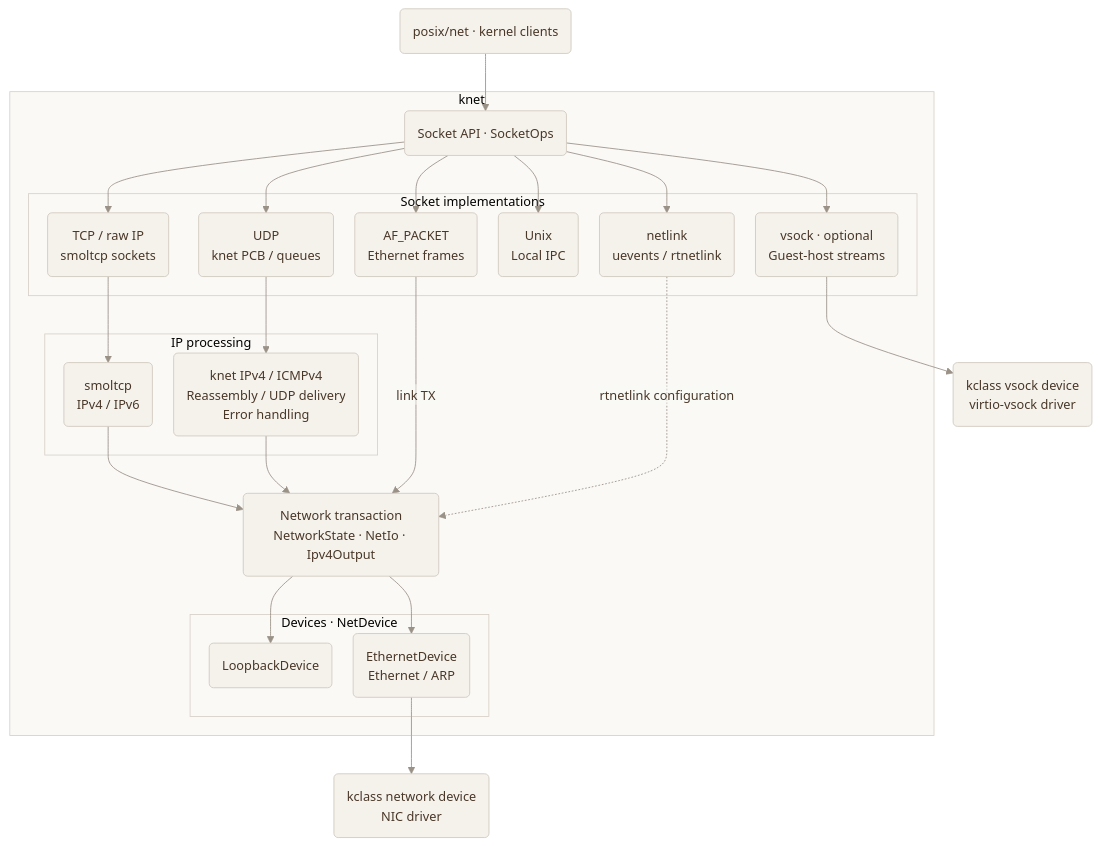
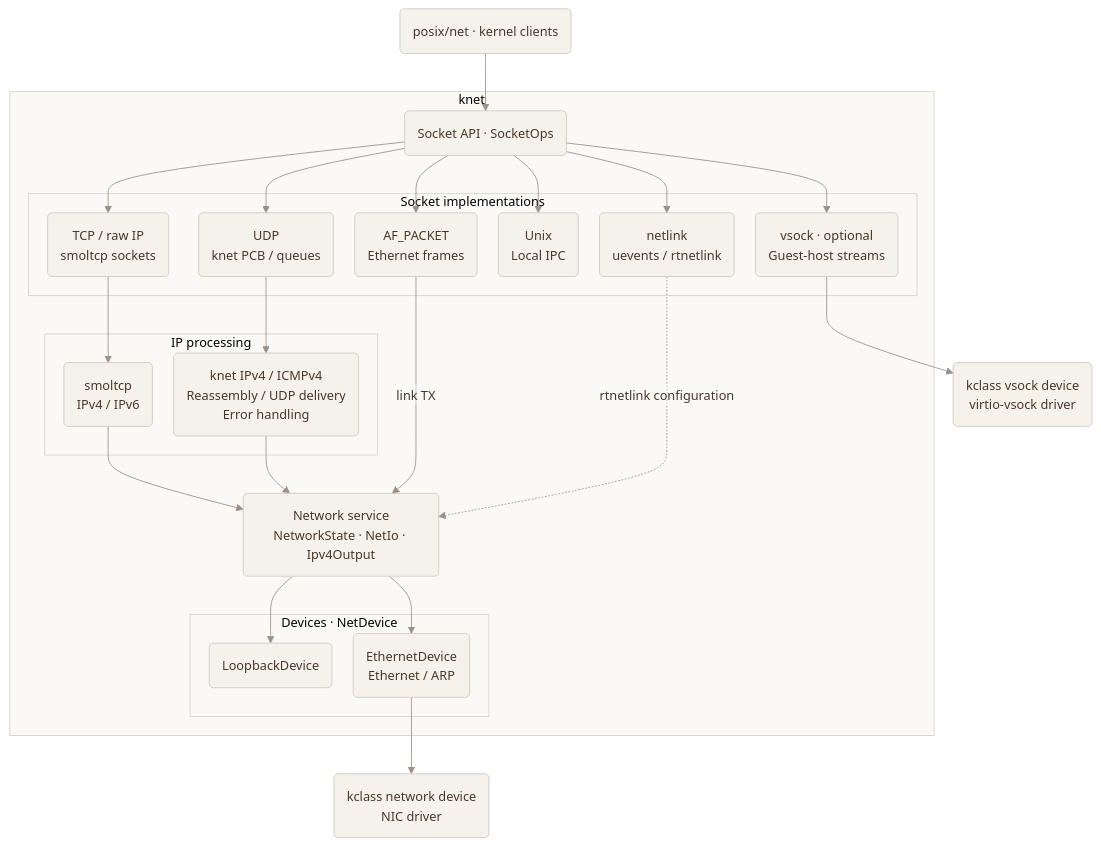
Before and after one commit to edidada/x-kernel: the first of 5 diagrams in net/knet/docs/design.md, drawn with Mermaid. The commit also changed other lines of this file and 6 other files, not shown here.

````diff
--- a/net/knet/docs/design.md
+++ b/net/knet/docs/design.md
@@ -109,81 +109,81 @@
 ```mermaid
 %%{init: {
   "theme": "base",
   "flowchart": {
     "htmlLabels": false,
     "curve": "basis",
     "nodeSpacing": 25,
     "rankSpacing": 45
   },
   "themeVariables": {
     "fontFamily": "\"Trebuchet MS\", Verdana, Arial, sans-serif",
     "fontSize": "15px",
     "primaryColor": "#F5F2EC",
     "primaryTextColor": "#493728",
     "primaryBorderColor": "#CFC8BD",
     "lineColor": "#9A9187",
     "clusterBkg": "#FAF9F6",
     "clusterBorder": "#D8D1C7",
     "edgeLabelBackground": "#FAF9F6",
     "textColor": "#493728",
     "nodeTextColor": "#493728",
     "clusterTextColor": "#493728"
   },
   "themeCSS": ".edgeLabel rect, .edgeLabel .labelBkg, .edgeLabel .background { fill: #FAF9F6 !important; stroke: none !important; } .edgeLabel, .edgeLabel p, .edgeLabel span { background-color: #FAF9F6 !important; color: #493728 !important; } .edgeLabel text, .cluster-label text { fill: #493728 !important; stroke: none !important; } .cluster rect { rx: 8px; ry: 8px; }"
 }}%%
 flowchart TB
     CALLER("posix/net · kernel clients")
 
     subgraph KNET["knet"]
         API("Socket API · SocketOps")
 
         subgraph SOCKETS["Socket implementations"]
             TCP("TCP / raw IP
 smoltcp sockets")
             UDP("UDP
 knet PCB / queues")
             PACKET("AF_PACKET
 Ethernet frames")
             UNIX("Unix
 Local IPC")
             NETLINK("netlink
 uevents / rtnetlink")
             VSOCK("vsock · optional
 Guest-host streams")
         end
 
         subgraph IP["IP processing"]
             SMOL("smoltcp
 IPv4 / IPv6")
             IPV4("knet IPv4 / ICMPv4
 Reassembly / UDP delivery
 Error handling")
         end
 
-        ROUTER("Network transaction
+        ROUTER("Network service
 NetworkState · NetIo · Ipv4Output")
 
         subgraph DEVICE["Devices · NetDevice"]
             LOOP("LoopbackDevice")
             ETH("EthernetDevice
 Ethernet / ARP")
         end
     end
 
     NIC("kclass network device
 NIC driver")
     VIRTIO("kclass vsock device
 virtio-vsock driver")
 
     CALLER --> API
     API --> TCP & UDP & PACKET & UNIX & NETLINK & VSOCK
     TCP --> SMOL
     UDP --> IPV4
     SMOL --> ROUTER
     IPV4 --> ROUTER
     PACKET -->|link TX| ROUTER
     NETLINK -.->|rtnetlink configuration| ROUTER
     ROUTER --> LOOP & ETH
     ETH --> NIC
     VSOCK --> VIRTIO
 ```
````
